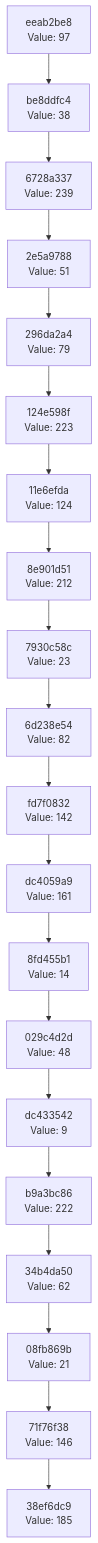
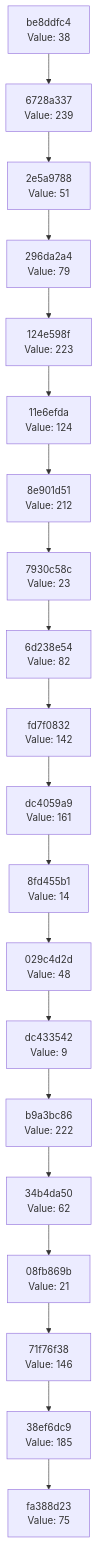
The diagram in docs/CHAIN_VISUALIZATION.md (Abhisheksinha1506/hash-chain-evolver), drawn with Mermaid before and after one commit. The commit also changed 1 other file, not shown here.

Commit message:
Evolution Step

````diff
--- a/docs/CHAIN_VISUALIZATION.md
+++ b/docs/CHAIN_VISUALIZATION.md
@@ -3,42 +3,42 @@
 ```mermaid
 graph TD
-    C0["38ef6dc9<br/>Value: 185"]
-    C1["71f76f38<br/>Value: 146"]
+    C0["fa388d23<br/>Value: 75"]
+    C1["38ef6dc9<br/>Value: 185"]
     C1 --> C0
-    C2["08fb869b<br/>Value: 21"]
+    C2["71f76f38<br/>Value: 146"]
     C2 --> C1
-    C3["34b4da50<br/>Value: 62"]
+    C3["08fb869b<br/>Value: 21"]
     C3 --> C2
-    C4["b9a3bc86<br/>Value: 222"]
+    C4["34b4da50<br/>Value: 62"]
     C4 --> C3
-    C5["dc433542<br/>Value: 9"]
+    C5["b9a3bc86<br/>Value: 222"]
     C5 --> C4
-    C6["029c4d2d<br/>Value: 48"]
+    C6["dc433542<br/>Value: 9"]
     C6 --> C5
-    C7["8fd455b1<br/>Value: 14"]
+    C7["029c4d2d<br/>Value: 48"]
     C7 --> C6
-    C8["dc4059a9<br/>Value: 161"]
+    C8["8fd455b1<br/>Value: 14"]
     C8 --> C7
-    C9["fd7f0832<br/>Value: 142"]
+    C9["dc4059a9<br/>Value: 161"]
     C9 --> C8
-    C10["6d238e54<br/>Value: 82"]
+    C10["fd7f0832<br/>Value: 142"]
     C10 --> C9
-    C11["7930c58c<br/>Value: 23"]
+    C11["6d238e54<br/>Value: 82"]
     C11 --> C10
-    C12["8e901d51<br/>Value: 212"]
+    C12["7930c58c<br/>Value: 23"]
     C12 --> C11
-    C13["11e6efda<br/>Value: 124"]
+    C13["8e901d51<br/>Value: 212"]
     C13 --> C12
-    C14["124e598f<br/>Value: 223"]
+    C14["11e6efda<br/>Value: 124"]
     C14 --> C13
-    C15["296da2a4<br/>Value: 79"]
+    C15["124e598f<br/>Value: 223"]
     C15 --> C14
-    C16["2e5a9788<br/>Value: 51"]
+    C16["296da2a4<br/>Value: 79"]
     C16 --> C15
-    C17["6728a337<br/>Value: 239"]
+    C17["2e5a9788<br/>Value: 51"]
     C17 --> C16
-    C18["be8ddfc4<br/>Value: 38"]
+    C18["6728a337<br/>Value: 239"]
     C18 --> C17
-    C19["eeab2be8<br/>Value: 97"]
+    C19["be8ddfc4<br/>Value: 38"]
     C19 --> C18
 ```
````
